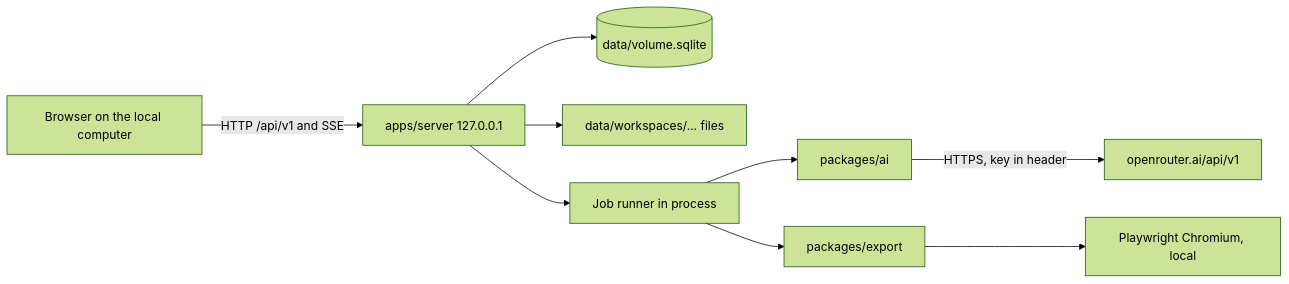
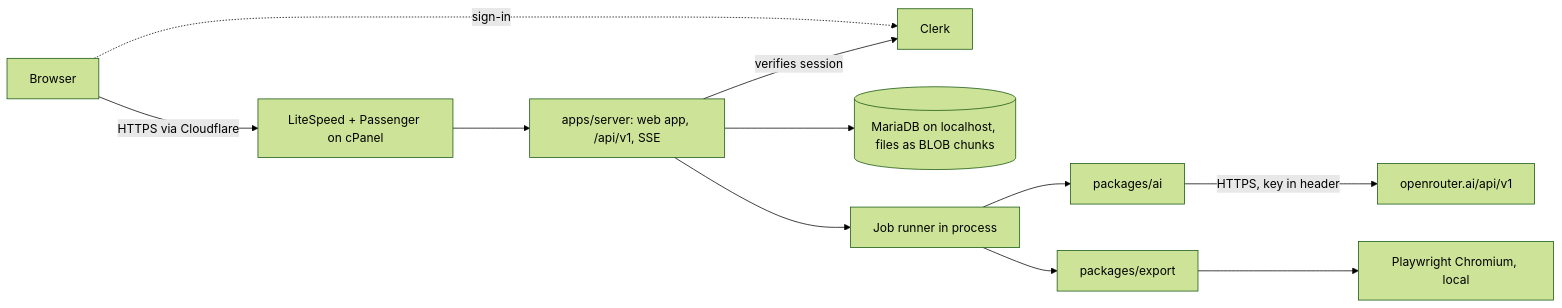
The diagram in docs/02-architecture/ARCHITECTURE.md (devgeereact/Volume), drawn with Mermaid (forest theme) before and after one commit. The commit also changed other lines of this file and 21 other files, not shown here.

````diff
--- a/docs/02-architecture/ARCHITECTURE.md
+++ b/docs/02-architecture/ARCHITECTURE.md
@@ -48,11 +48,13 @@
 ```mermaid
 flowchart LR
-  B[Browser on the local computer] -- HTTP /api/v1 and SSE --> S[apps/server 127.0.0.1]
-  S --> DB[(data/volume.sqlite)]
-  S --> F[data/workspaces/... files]
+  B[Browser] -- HTTPS via Cloudflare --> P[LiteSpeed + Passenger on cPanel]
+  P --> S[apps/server: web app, /api/v1, SSE]
+  B -. sign-in .-> C[Clerk]
+  S -- verifies session --> C
+  S --> DB[(MariaDB on localhost, files as BLOB chunks)]
   S --> Q[Job runner in process]
   Q --> AI[packages/ai]
   Q --> EX[packages/export]
   AI -- HTTPS, key in header --> OR[openrouter.ai/api/v1]
   EX --> PW[Playwright Chromium, local]
 ```
````
